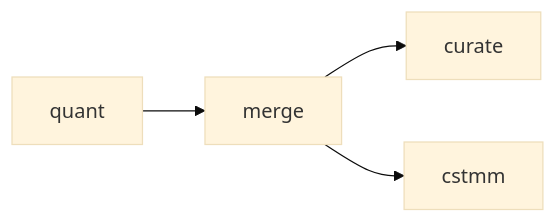
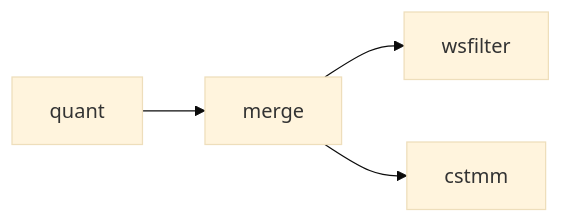
One commit to docxology/MetaInformAnt changed the diagram in docs/rna/amalgkit/steps/07_merge.md. Above: the diagram before and after it, drawn with Mermaid (base theme). The commit also changed other lines of this file and 448 other files, not shown here.

````diff
--- a/docs/rna/amalgkit/steps/07_merge.md
+++ b/docs/rna/amalgkit/steps/07_merge.md
@@ -167,6 +167,6 @@
 ```mermaid
 flowchart LR
     A[quant] --> B[merge]
-    B --> C[curate]
+    B --> C[wsfilter]
     B --> D[cstmm]
 ```
````
